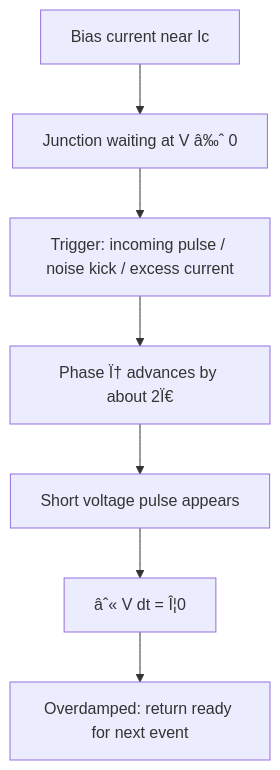
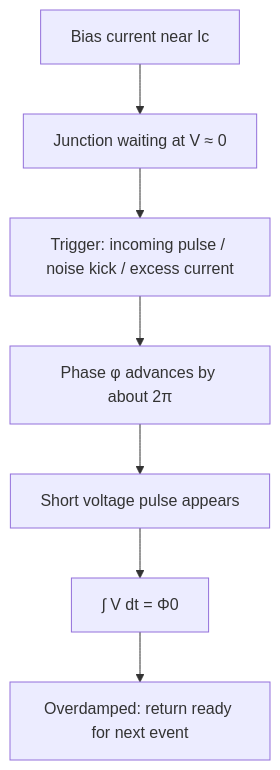
The diagram in docs/fundamentals/josephson-junction-rcsj.md (Single-Flux-Quantum/sfq-learn-public), drawn with Mermaid before and after one commit. The commit also changed other lines of this file and 39 other files, not shown here.

````diff
--- a/docs/fundamentals/josephson-junction-rcsj.md
+++ b/docs/fundamentals/josephson-junction-rcsj.md
@@ -62,9 +62,9 @@
 ```mermaid
 flowchart TD
-  Bias[Bias current near Ic] --> Wait[Junction waiting at V â‰ˆ 0]
+  Bias[Bias current near Ic] --> Wait[Junction waiting at V ≈ 0]
   Wait --> Trig[Trigger: incoming pulse / noise kick / excess current]
-  Trig --> Slip["Phase Ï† advances by about 2Ï€"]
+  Trig --> Slip["Phase φ advances by about 2π"]
   Slip --> Pulse["Short voltage pulse appears"]
-  Pulse --> Area["âˆ« V dt = Î¦0"]
+  Pulse --> Area["∫ V dt = Φ0"]
   Area --> Reset[Overdamped: return ready for next event]
 ```
````
